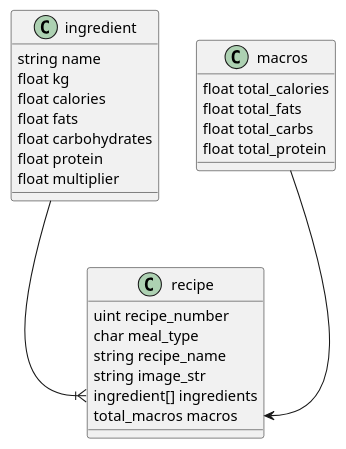
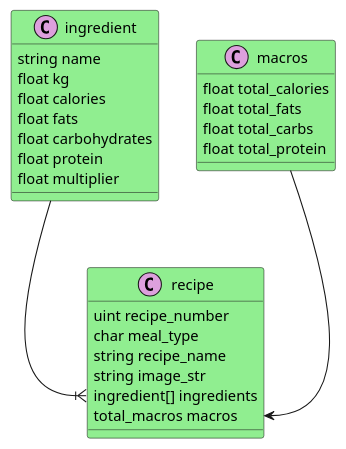
The first of 5 diagrams in Recipe.puml (LegendsAndreas/kitchen-app), drawn with PlantUML before and after one commit. The commit also changed other lines of this file and 38 other files, not shown here.

```diff
--- a/Recipe.puml
+++ b/Recipe.puml
@@ -1,31 +1,35 @@
 @startuml
 'Class Diagram
-class recipe{
+skinparam class{
+    BackgroundColor LightGreen
+}
+
+class recipe <<(C,plum)>>{
     uint recipe_number
     char meal_type
     string recipe_name
     string image_str
     ingredient[] ingredients
     total_macros macros
 }
 
-class ingredient{
+class ingredient <<(C,plum)>>{
     string name
     float kg
     float calories
     float fats
     float carbohydrates
     float protein
     float multiplier
 }
 
-class macros{
+class macros <<(C,plum)>>{
     float total_calories
     float total_fats
     float total_carbs
     float total_protein
 }
 
 ingredient --|{ recipe::ingredients
 macros --> recipe::macros
 @enduml
```
